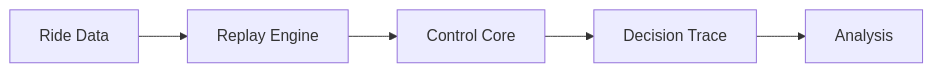
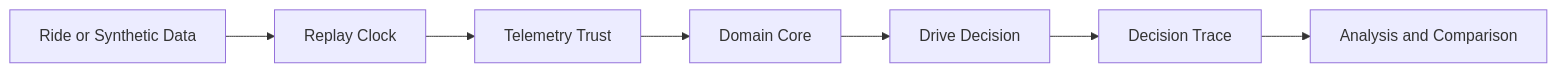
Diagram 13 of 15 in docs/architecture.md (tspreck/ferrous-drive), drawn with Mermaid before and after one commit. The commit also changed other lines of this file, not shown here.

First line of the commit message:
Revise architecture.md for clarity and updates

````diff
--- a/docs/architecture.md
+++ b/docs/architecture.md
@@ -269,14 +971,17 @@
 ```mermaid
 flowchart LR
+    Input[Ride or Synthetic Data]
+    Replay[Replay Clock]
+    Trust[Telemetry Trust]
+    Core[Domain Core]
+    Decision[Drive Decision]
+    Trace[Decision Trace]
+    Analysis[Analysis and Comparison]
 
-    RideData[Ride Data]
-    Replay[Replay Engine]
-    Core[Control Core]
-    Trace[Decision Trace]
-    Analysis[Analysis]
-
-    RideData --> Replay
-    Replay --> Core
-    Core --> Trace
+    Input --> Replay
+    Replay --> Trust
+    Trust --> Core
+    Core --> Decision
+    Decision --> Trace
     Trace --> Analysis
 ```
````
